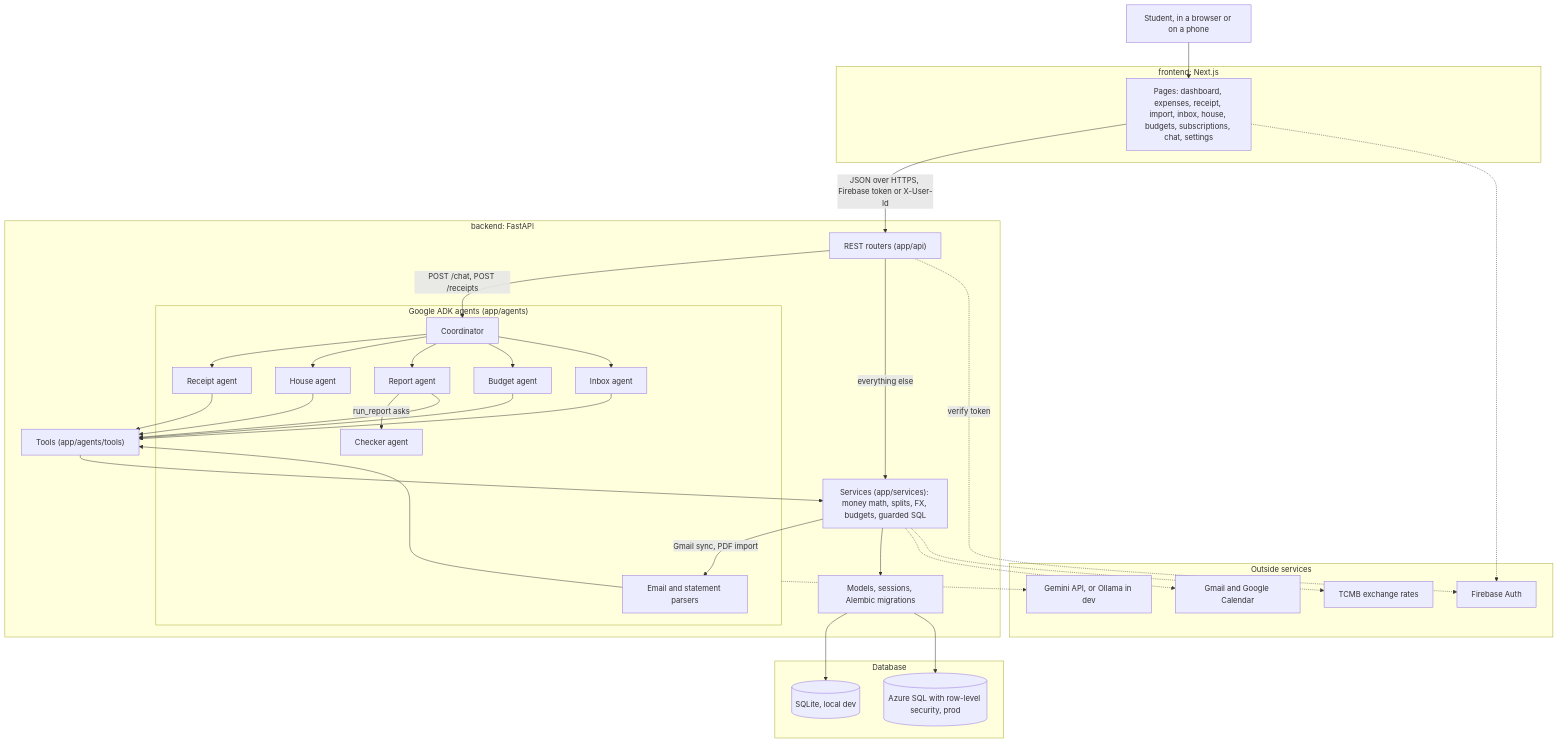
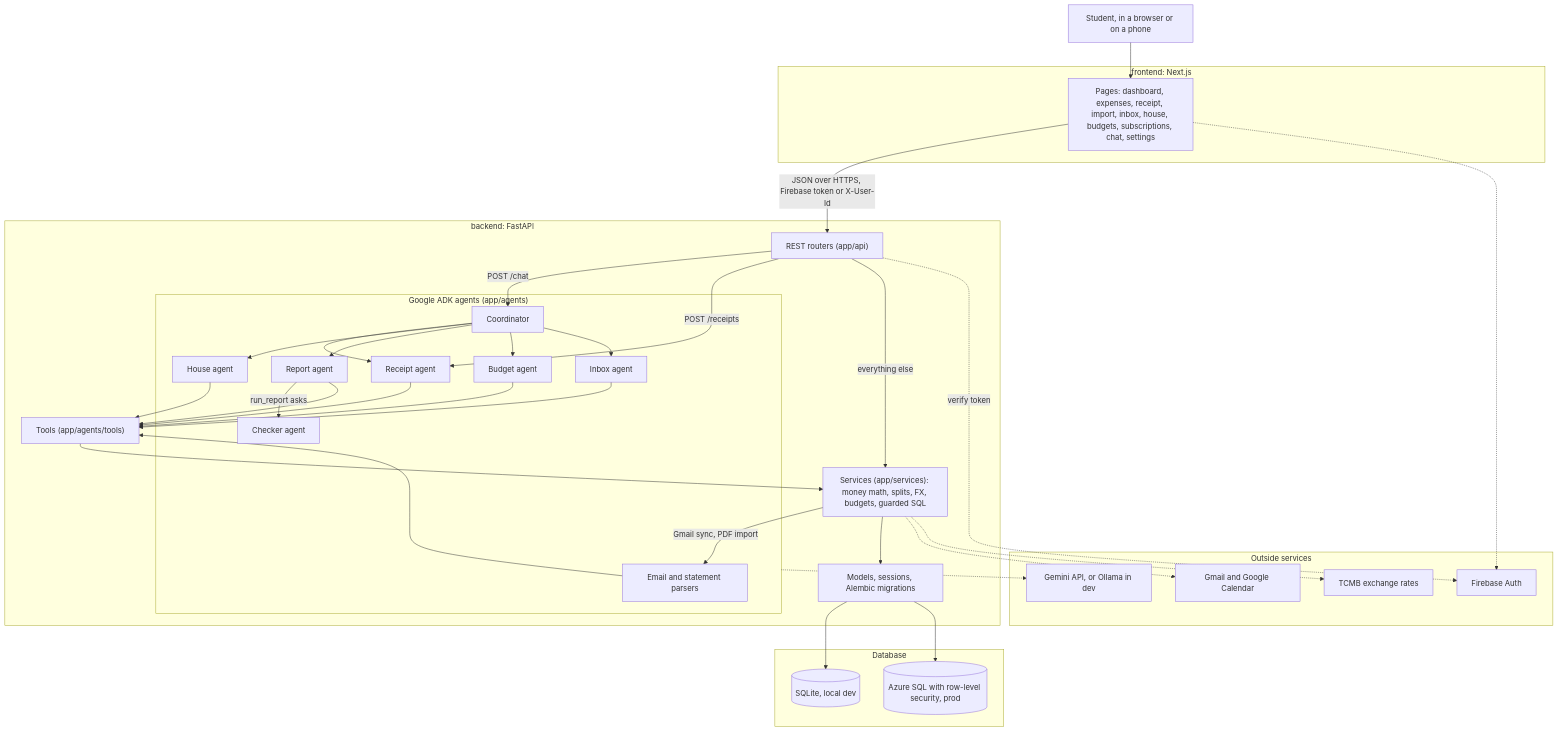
Before and after one commit to berkekcay/Kasa-Expense-Agent: the first of 3 diagrams in docs/ARCHITECTURE.md, drawn with Mermaid. The commit also changed 4 other files, not shown here.

````diff
--- a/docs/ARCHITECTURE.md
+++ b/docs/ARCHITECTURE.md
@@ -29,55 +29,56 @@
 ```mermaid
 flowchart TB
     user["Student, in a browser or on a phone"]
 
     subgraph web["frontend: Next.js"]
         pages["Pages: dashboard, expenses, receipt, import, inbox, house, budgets, subscriptions, chat, settings"]
     end
 
     subgraph api["backend: FastAPI"]
         rest["REST routers (app/api)"]
         subgraph agents["Google ADK agents (app/agents)"]
             coord["Coordinator"]
             receipt["Receipt agent"]
             house["House agent"]
             report["Report agent"]
             budget["Budget agent"]
             inbox["Inbox agent"]
             checker["Checker agent"]
             parsers["Email and statement parsers"]
         end
         tools["Tools (app/agents/tools)"]
         services["Services (app/services): money math, splits, FX, budgets, guarded SQL"]
         dblayer["Models, sessions, Alembic migrations"]
     end
 
     subgraph storage["Database"]
         sqlite[("SQLite, local dev")]
         mssql[("Azure SQL with row-level security, prod")]
     end
 
     subgraph outside["Outside services"]
         gemini["Gemini API, or Ollama in dev"]
         gmail["Gmail and Google Calendar"]
         tcmb["TCMB exchange rates"]
         firebase["Firebase Auth"]
     end
 
     user --> pages
     pages -->|"JSON over HTTPS, Firebase token or X-User-Id"| rest
-    rest -->|"POST /chat, POST /receipts"| coord
+    rest -->|"POST /chat"| coord
+    rest -->|"POST /receipts"| receipt
     rest -->|"everything else"| services
     coord --> receipt & house & report & budget & inbox
     report -->|"run_report asks"| checker
     receipt & house & report & budget & inbox & parsers --> tools
     tools --> services
     services -->|"Gmail sync, PDF import"| parsers
     services --> dblayer
     dblayer --> sqlite
     dblayer --> mssql
     agents -.-> gemini
     services -.-> gmail
     services -.-> tcmb
     pages -.-> firebase
     rest -.->|"verify token"| firebase
 ```
````
